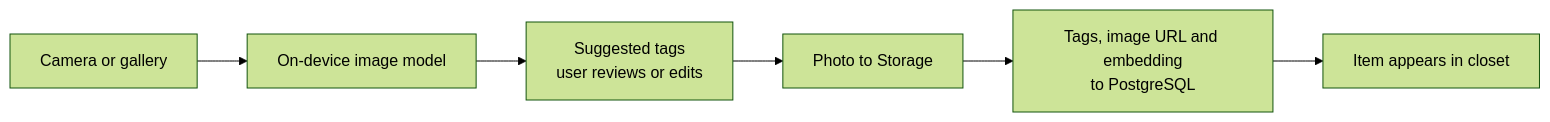
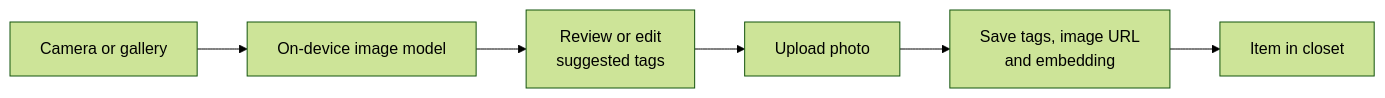
The second of 4 diagrams in README.md (heyitssyakirrr/stylemate), drawn with Mermaid (forest theme) before and after one commit. The commit also changed other lines of this file, not shown here.

````diff
--- a/README.md
+++ b/README.md
@@ -60,8 +62,8 @@
 ```mermaid
 flowchart LR
-    Photo["Camera or gallery"] --> Inference["On-device image model"]
-    Inference --> Review["Suggested tags<br/>user reviews or edits"]
-    Review --> Upload["Photo to Storage"]
-    Upload --> Save["Tags, image URL and embedding<br/>to PostgreSQL"]
-    Save --> Closet["Item appears in closet"]
+    Photo["Camera or gallery"] --> Model["On-device image model"]
+    Model --> Review["Review or edit<br/>suggested tags"]
+    Review --> Storage["Upload photo"]
+    Storage --> Database["Save tags, image URL<br/>and embedding"]
+    Database --> Closet["Item in closet"]
 ```
````
